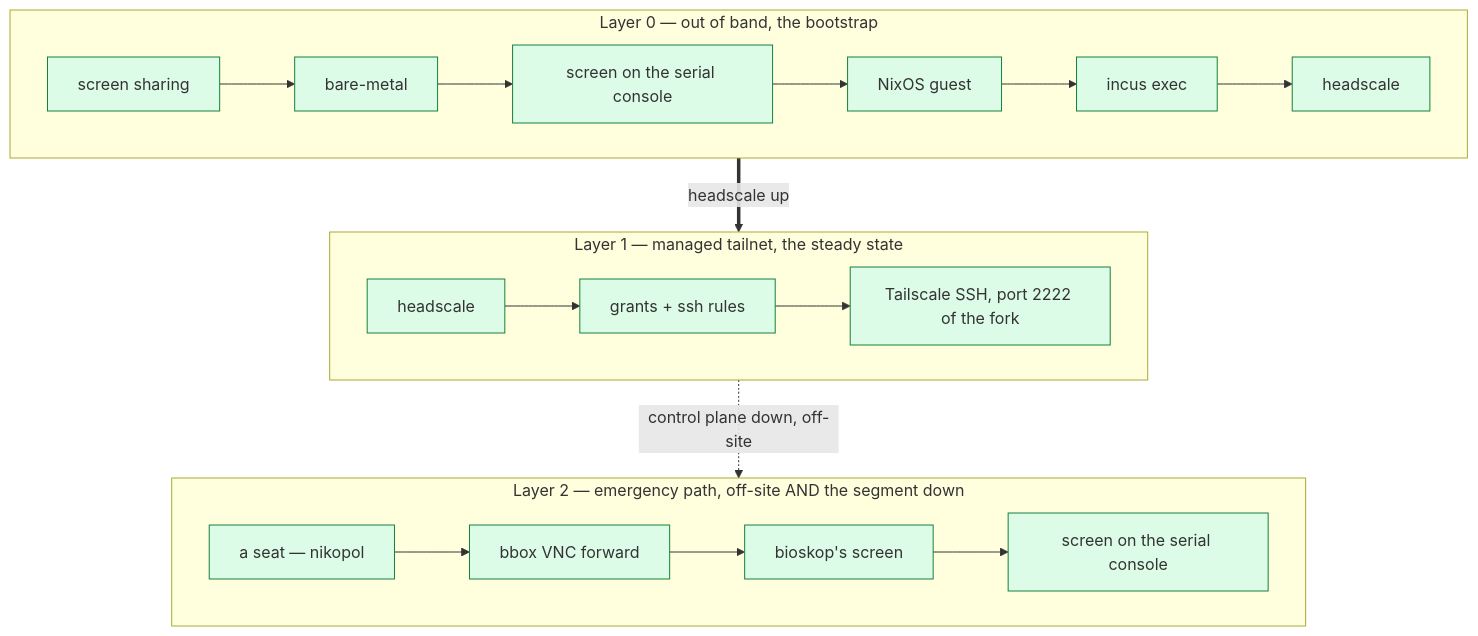
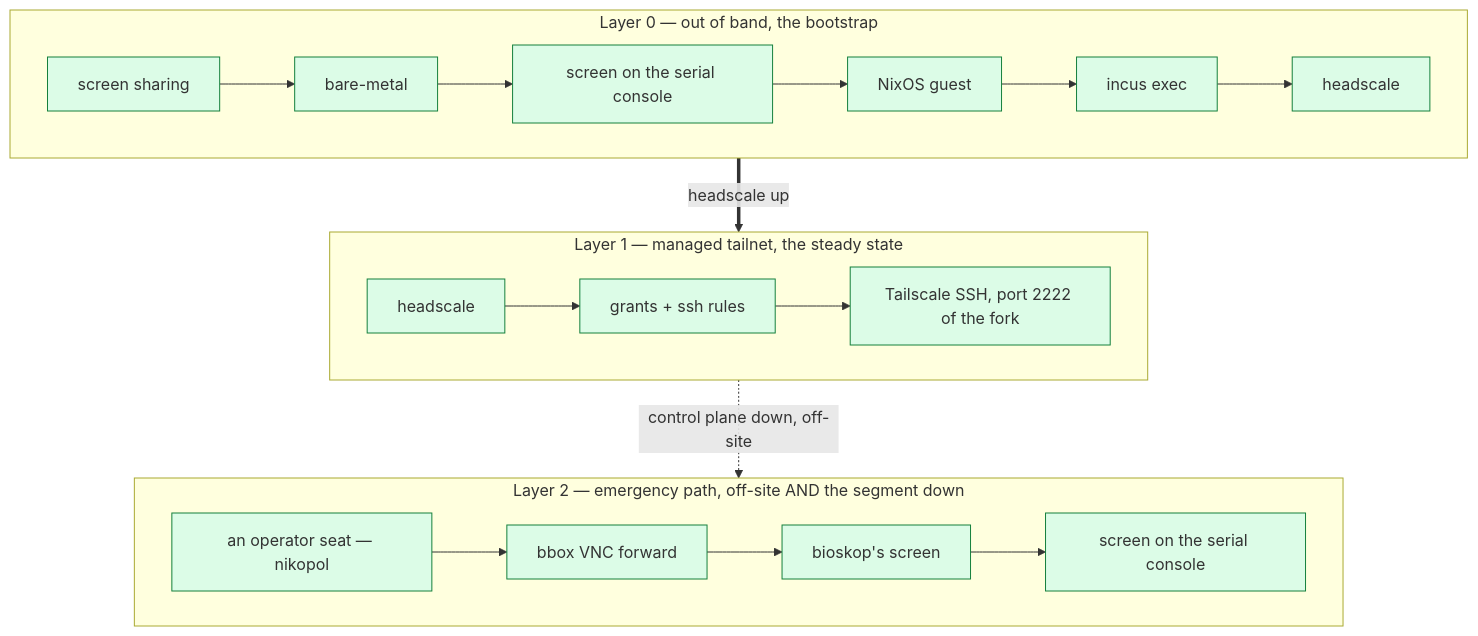
Before and after one commit to seedmatic/ndh: the fourth of 12 diagrams in docs/fabric-control-plane-spec.adoc, drawn with Mermaid. The commit also changed other lines of this file and 47 other files, not shown here.

```diff
--- a/docs/fabric-control-plane-spec.adoc
+++ b/docs/fabric-control-plane-spec.adoc
@@ -411,23 +411,23 @@
 [mermaid]
 ....
 flowchart TB
   subgraph L0["Layer 0 — out of band, the bootstrap"]
     direction LR
     l0a["screen sharing"] --> l0b["bare-metal"] --> l0c["screen on the serial console"] --> l0d["NixOS guest"] --> l0e["incus exec"] --> l0f["headscale"]
   end
   subgraph L1["Layer 1 — managed tailnet, the steady state"]
     direction LR
     l1a["headscale"] --> l1b["grants + ssh rules"] --> l1c["Tailscale SSH, port 2222 of the fork"]
   end
   subgraph L2["Layer 2 — emergency path, off-site AND the segment down"]
     direction LR
-    l2a["a seat — nikopol"] --> l2b["bbox VNC forward"] --> l2c["bioskop's screen"] --> l2d["screen on the serial console"]
+    l2a["an operator seat — nikopol"] --> l2b["bbox VNC forward"] --> l2c["bioskop's screen"] --> l2d["screen on the serial console"]
   end
   L0 ==>|"headscale up"| L1
   L1 -.->|"control plane down, off-site"| L2
 
   classDef none fill:#dcfce7,stroke:#15803d;
   classDef one fill:#fef3c7,stroke:#b45309;
   class l0a,l0b,l0c,l0d,l0e,l0f,l1a,l1b,l1c none
   class l2a,l2b,l2c,l2d none
 ....
```
